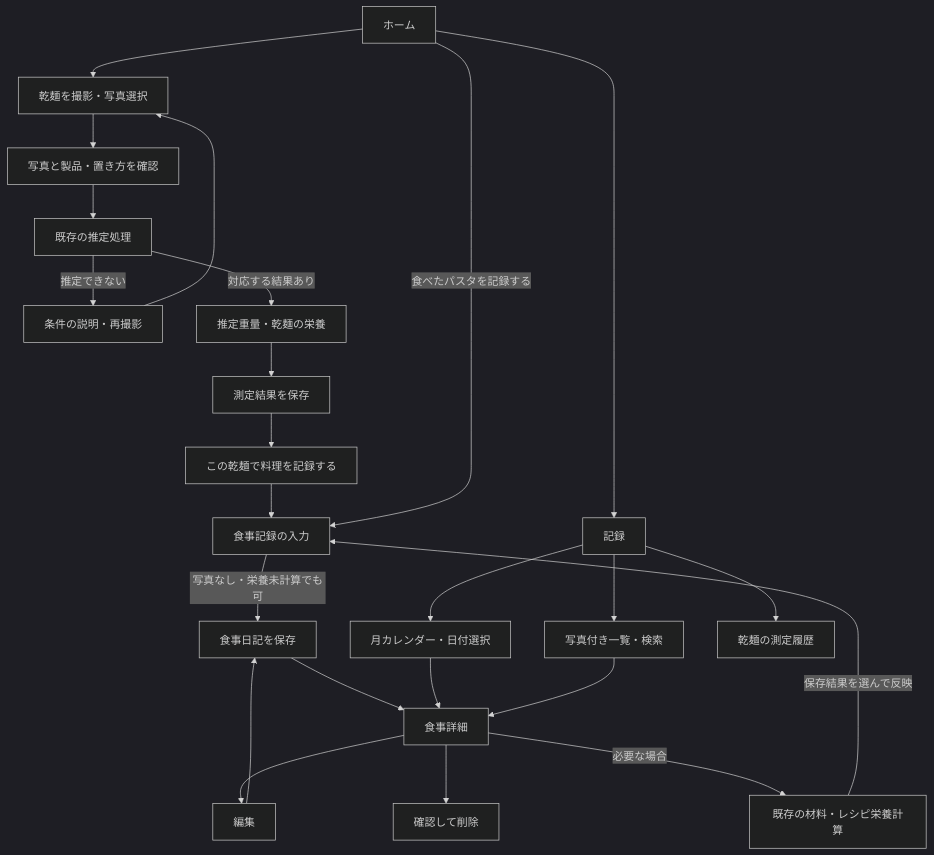
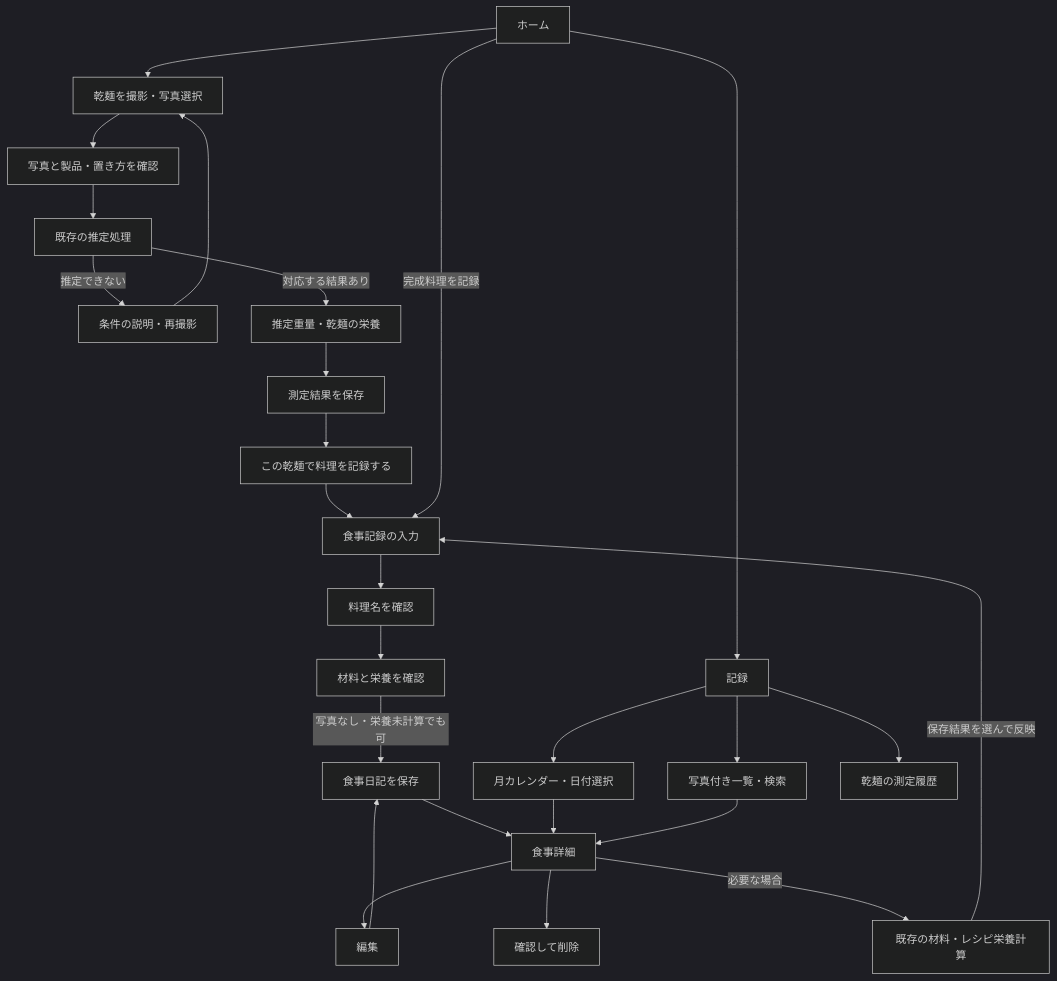
One commit to s24g3104nb-boop/PASTA changed the first of 3 diagrams in docs/25_MEAL_DIARY.md. Above: the diagram before and after it, drawn with Mermaid (dark theme). The commit also changed other lines of this file and 14 other files, not shown here.

Commit message:
Polish public home and four-step meal diary flow

````diff
--- a/docs/25_MEAL_DIARY.md
+++ b/docs/25_MEAL_DIARY.md
@@ -23,26 +23,28 @@
 ```mermaid
 flowchart TD
     Home[ホーム] --> Capture[乾麺を撮影・写真選択]
     Capture --> Preview[写真と製品・置き方を確認]
     Preview --> Analysis[既存の推定処理]
     Analysis -->|推定できない| Retry[条件の説明・再撮影]
     Retry --> Capture
     Analysis -->|対応する結果あり| Result[推定重量・乾麺の栄養]
     Result --> SaveDry[測定結果を保存]
     SaveDry --> Link[この乾麺で料理を記録する]
     Link --> Editor[食事記録の入力]
-    Home -->|食べたパスタを記録する| Editor
-    Editor -->|写真なし・栄養未計算でも可| SaveMeal[食事日記を保存]
+    Home -->|完成料理を記録| Editor
+    Editor --> Dish[料理名を確認]
+    Dish --> Nutrition[材料と栄養を確認]
+    Nutrition -->|写真なし・栄養未計算でも可| SaveMeal[食事日記を保存]
     SaveMeal --> Detail[食事詳細]
     Detail --> Edit[編集]
     Edit --> SaveMeal
     Detail --> Delete[確認して削除]
     Detail -->|必要な場合| Cooking[既存の材料・レシピ栄養計算]
     Cooking -->|保存結果を選んで反映| Editor
     Home --> Records[記録]
     Records --> Calendar[月カレンダー・日付選択]
     Records --> List[写真付き一覧・検索]
     Calendar --> Detail
     List --> Detail
     Records --> DryHistory[乾麺の測定履歴]
 ```
````
